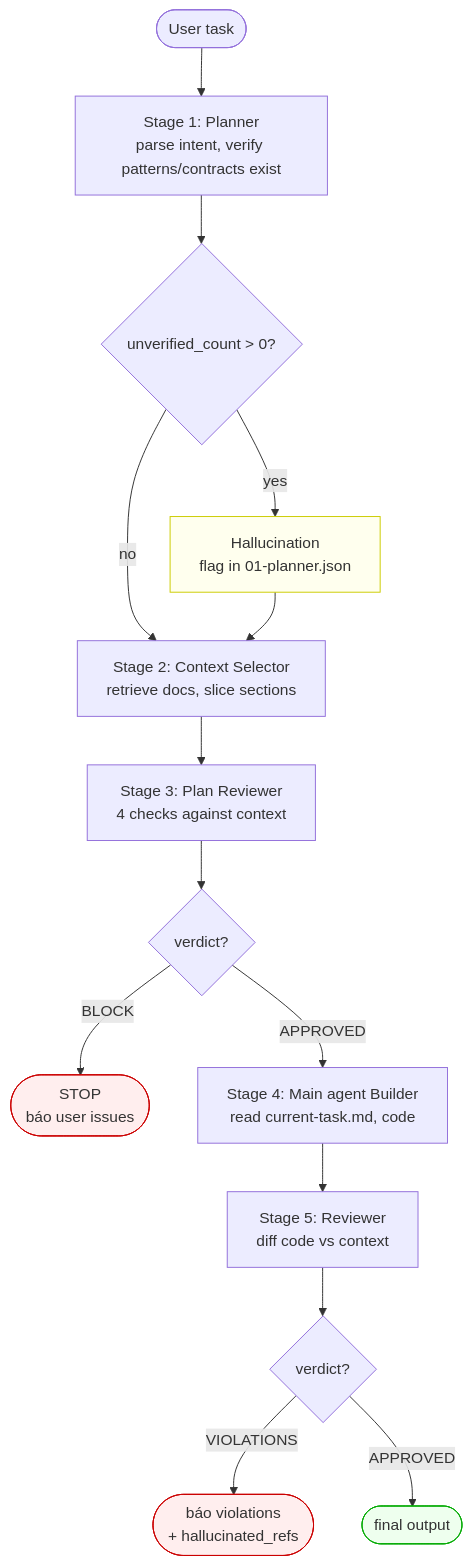
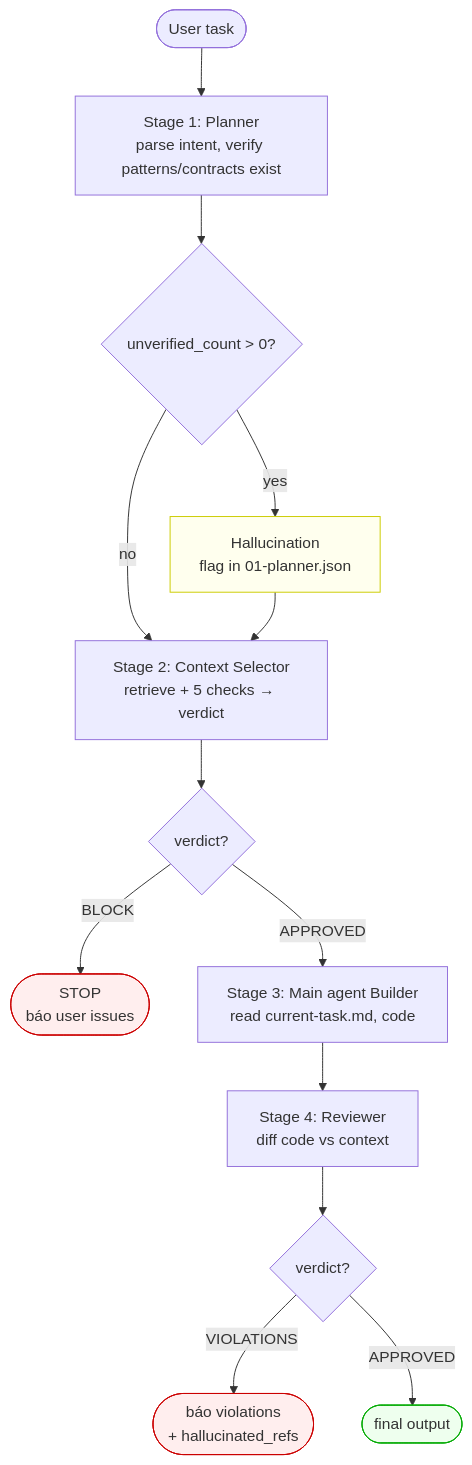
One commit to tanphuc16797/contextd changed the second of 2 diagrams in agents/pipeline/PIPELINE-VISUAL.md. Above: the diagram before and after it, drawn with Mermaid. The commit also changed other lines of this file and 64 other files, not shown here.

````diff
--- a/agents/pipeline/PIPELINE-VISUAL.md
+++ b/agents/pipeline/PIPELINE-VISUAL.md
@@ -65,23 +60,22 @@
 ```mermaid
 flowchart TD
     Start([User task]) --> S1[Stage 1: Planner<br/>parse intent, verify patterns/contracts exist]
     S1 --> Q1{unverified_count > 0?}
     Q1 -- yes --> Halluc1[Hallucination<br/>flag in 01-planner.json]
-    Q1 -- no --> S2[Stage 2: Context Selector<br/>retrieve docs, slice sections]
+    Q1 -- no --> S2[Stage 2: Context Selector<br/>retrieve + 5 checks → verdict]
     Halluc1 --> S2
-    S2 --> S3[Stage 3: Plan Reviewer<br/>4 checks against context]
-    S3 --> Q2{verdict?}
+    S2 --> Q2{verdict?}
     Q2 -- BLOCK --> Stop1([STOP<br/>báo user issues])
-    Q2 -- APPROVED --> S4[Stage 4: Main agent Builder<br/>read current-task.md, code]
-    S4 --> S5[Stage 5: Reviewer<br/>diff code vs context]
+    Q2 -- APPROVED --> S4[Stage 3: Main agent Builder<br/>read current-task.md, code]
+    S4 --> S5[Stage 4: Reviewer<br/>diff code vs context]
     S5 --> Q3{verdict?}
     Q3 -- VIOLATIONS --> Out1([báo violations<br/>+ hallucinated_refs])
     Q3 -- APPROVED --> Out2([final output])
 
     classDef block fill:#fee,stroke:#c00
     classDef ok fill:#efe,stroke:#0a0
     classDef warn fill:#ffe,stroke:#cc0
     class Stop1,Out1 block
     class Out2 ok
     class Halluc1 warn
 ```
````
